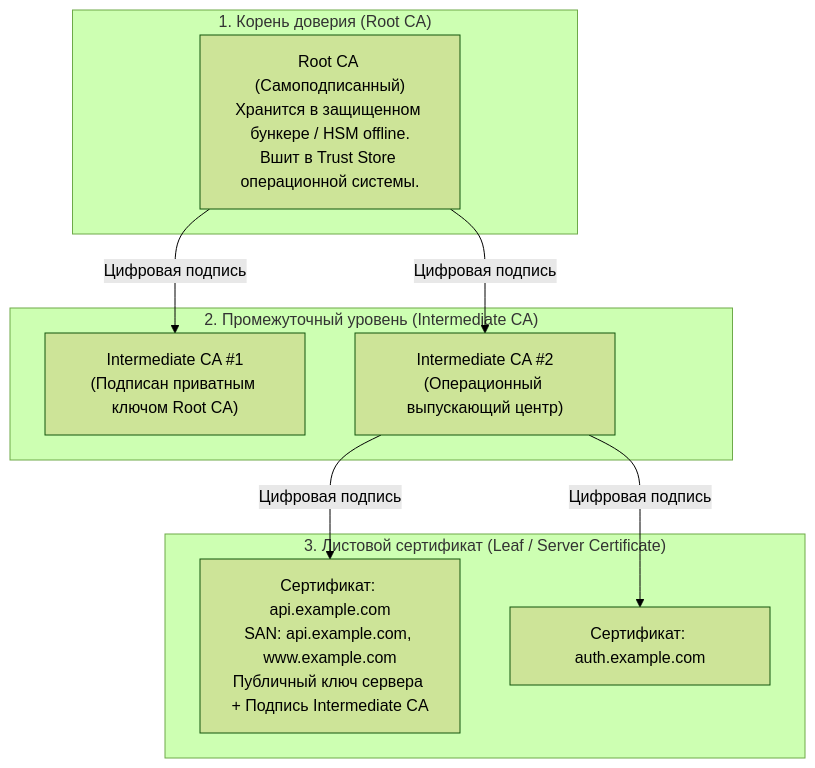
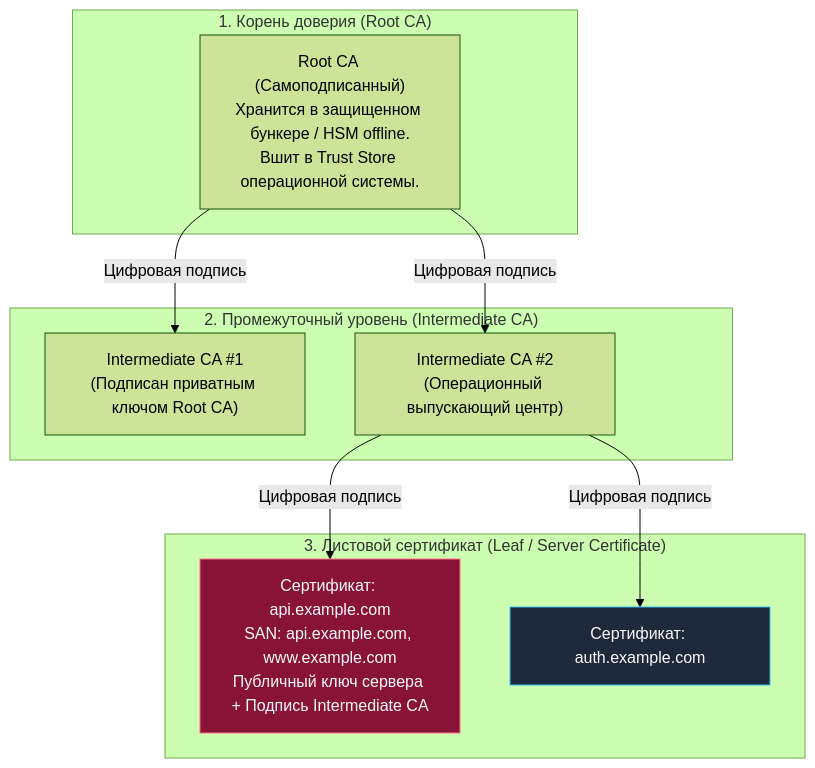
Before and after one commit to UnrealTemplier/go-textbook: the first of 3 diagrams in sources/3. Компьютерные сети и сетевой стек/19. Сертификаты, PKI, mTLS и процесс TLS Handshake.md, drawn with Mermaid (forest theme). The commit also changed other lines of this file and 1666 other files, not shown here.

First line of the commit message:
feat(mermaid): add semantic color classDef to 1369 colorless flowchart/graph diagrams

````diff
--- a/sources/3. Компьютерные сети и сетевой стек/19. Сертификаты, PKI, mTLS и процесс TLS Handshake.md
+++ b/sources/3. Компьютерные сети и сетевой стек/19. Сертификаты, PKI, mTLS и процесс TLS Handshake.md
@@ -31,21 +31,31 @@
 ```mermaid
 flowchart TD
+    classDef process  fill:#1e293b,stroke:#38bdf8,stroke-width:1px,color:#f8fafc
+    classDef success  fill:#064e3b,stroke:#34d399,stroke-width:1px,color:#f8fafc
+    classDef error    fill:#7f1d1d,stroke:#f87171,stroke-width:1px,color:#f8fafc
+    classDef warning  fill:#78350f,stroke:#fbbf24,stroke-width:1px,color:#f8fafc
+    classDef entry    fill:#1e3a5f,stroke:#38bdf8,stroke-width:2px,color:#f8fafc
+    classDef aux      fill:#334155,stroke:#64748b,stroke-width:1px,color:#f8fafc
+    classDef system   fill:#312e81,stroke:#a78bfa,stroke-width:1px,color:#f8fafc
+    classDef data     fill:#132d29,stroke:#2dd4bf,stroke-width:1px,color:#f8fafc
+    classDef network  fill:#881337,stroke:#fb7185,stroke-width:1px,color:#f8fafc
+    classDef accent   fill:#1e1b4b,stroke:#818cf8,stroke-width:1px,color:#f8fafc
     subgraph ROOT["1. Корень доверия (Root CA)"]
         R["Root CA (Самоподписанный)<br>Хранится в защищенном бункере / HSM offline.<br>Вшит в Trust Store операционной системы."]
     end
 
     subgraph INTER["2. Промежуточный уровень (Intermediate CA)"]
         I1["Intermediate CA #1<br>(Подписан приватным ключом Root CA)"]
         I2["Intermediate CA #2<br>(Операционный выпускающий центр)"]
     end
 
     subgraph LEAF["3. Листовой сертификат (Leaf / Server Certificate)"]
-        L1["Сертификат: api.example.com<br>SAN: api.example.com, www.example.com<br>Публичный ключ сервера + Подпись Intermediate CA"]
-        L2["Сертификат: auth.example.com"]
+        L1["Сертификат: api.example.com<br>SAN: api.example.com, www.example.com<br>Публичный ключ сервера + Подпись Intermediate CA"]:::network
+        L2["Сертификат: auth.example.com"]:::process
     end
 
     R -->|"Цифровая подпись"| I1
     R -->|"Цифровая подпись"| I2
     I2 -->|"Цифровая подпись"| L1
     I2 -->|"Цифровая подпись"| L2
 ```
````
